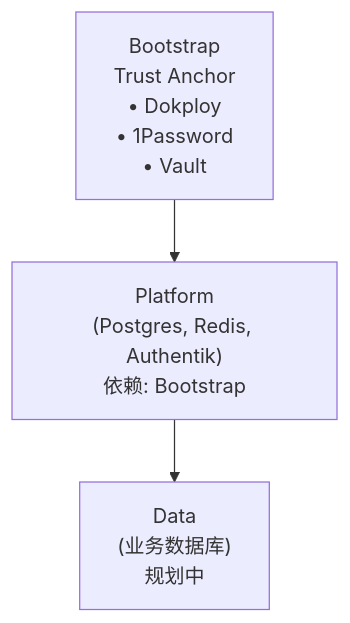
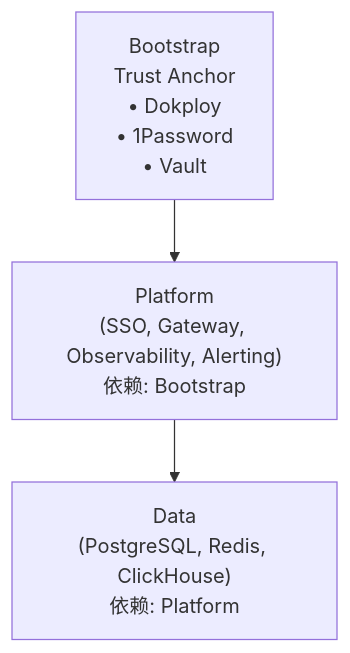
Before and after one commit to wangzitian0/infra2: the diagram in docs/ssot/README.md, drawn with Mermaid. The commit also changed other lines of this file and 6 other files, not shown here.

````diff
--- a/docs/ssot/README.md
+++ b/docs/ssot/README.md
@@ -122,9 +122,9 @@
 ```mermaid
 flowchart TB
     B["Bootstrap<br/>Trust Anchor<br/>• Dokploy<br/>• 1Password<br/>• Vault"]
-    P["Platform<br/>(Postgres, Redis, Authentik)<br/>依赖: Bootstrap"]
-    D["Data<br/>(业务数据库)<br/>规划中"]
+    P["Platform<br/>(SSO, Gateway, Observability, Alerting)<br/>依赖: Bootstrap"]
+    D["Data<br/>(PostgreSQL, Redis, ClickHouse)<br/>依赖: Platform"]
 
     B --> P
     P --> D
 ```
````
